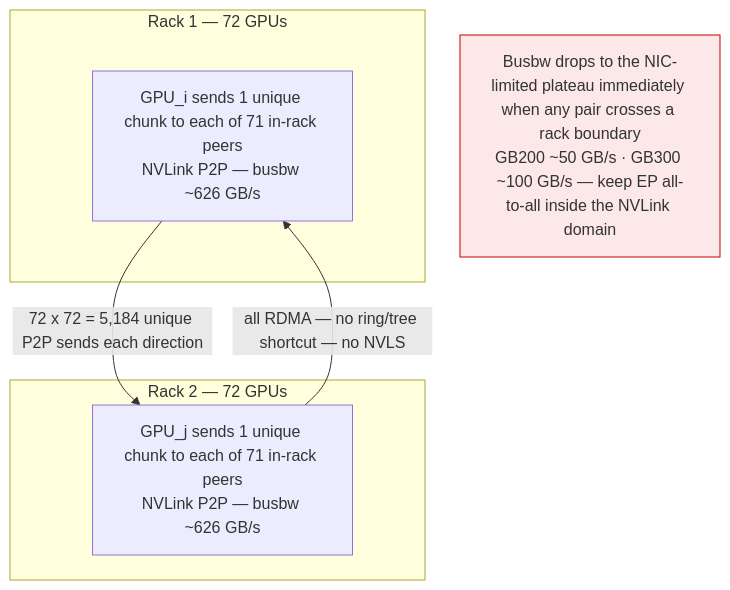
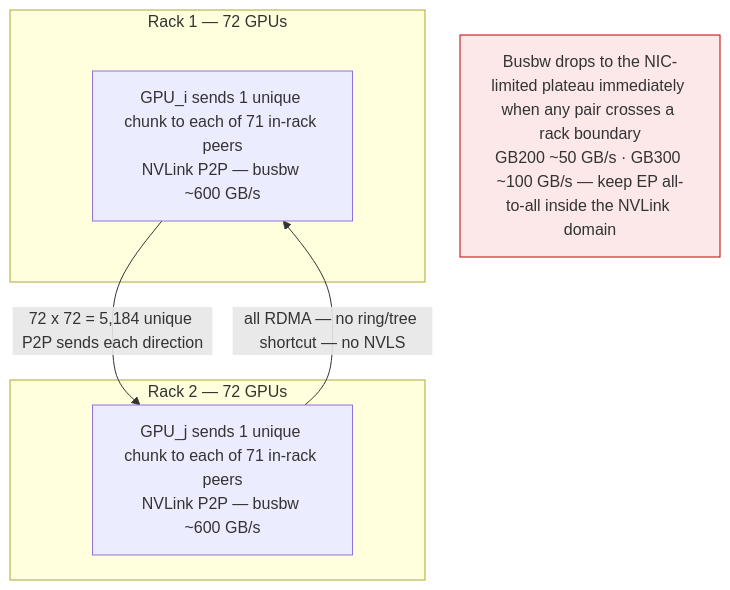
One commit to dfwguy/validation changed the eighth of 11 diagrams in nvl72.md. Above: the diagram before and after it, drawn with Mermaid. The commit also changed other lines of this file, not shown here.

````diff
--- a/nvl72.md
+++ b/nvl72.md
@@ -476,13 +476,13 @@
 ```mermaid
 flowchart TB
     subgraph R1["Rack 1 — 72 GPUs"]
-        A1["GPU_i sends 1 unique chunk to each of 71 in-rack peers<br/>NVLink P2P — busbw ~626 GB/s"]
+        A1["GPU_i sends 1 unique chunk to each of 71 in-rack peers<br/>NVLink P2P — busbw ~600 GB/s"]
     end
     subgraph R2["Rack 2 — 72 GPUs"]
-        A2["GPU_j sends 1 unique chunk to each of 71 in-rack peers<br/>NVLink P2P — busbw ~626 GB/s"]
+        A2["GPU_j sends 1 unique chunk to each of 71 in-rack peers<br/>NVLink P2P — busbw ~600 GB/s"]
     end
     A1 -->|"72 x 72 = 5,184 unique P2P sends each direction"| A2
     A2 -->|"all RDMA — no ring/tree shortcut — no NVLS"| A1
     BWKEY2["Busbw drops to the NIC-limited plateau immediately when any pair crosses a rack boundary<br/>GB200 ~50 GB/s · GB300 ~100 GB/s — keep EP all-to-all inside the NVLink domain"]
     style BWKEY2 fill:#fce8e8,stroke:#c00000
 ```
````
